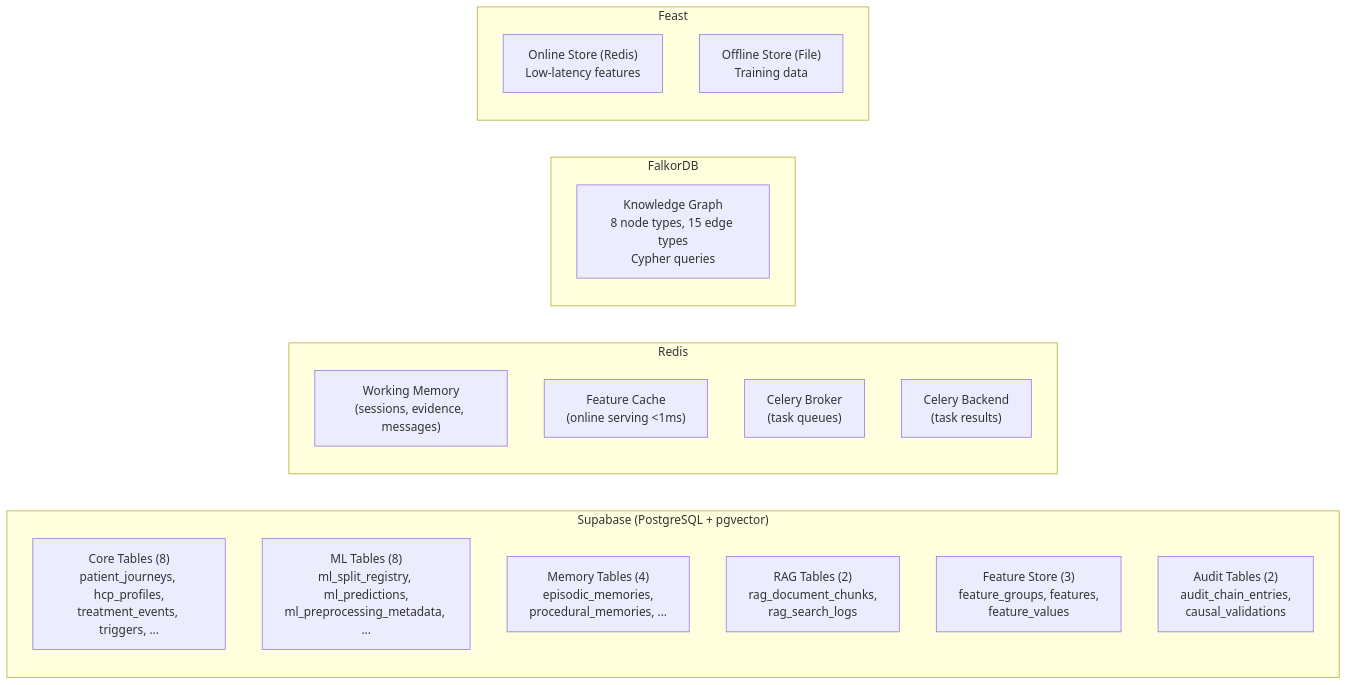
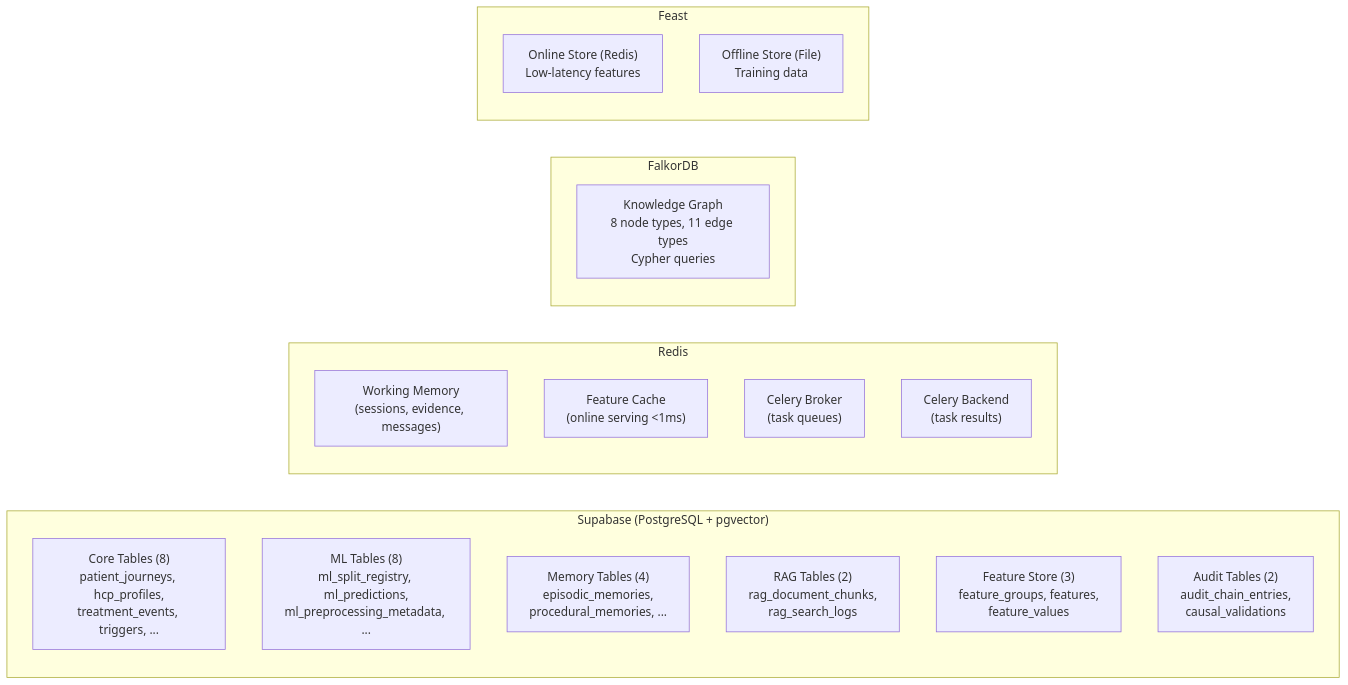
One commit to enunezvn/e2i_causal_analytics changed the fourth of 5 diagrams in docs/ARCHITECTURE.md. Above: the diagram before and after it, drawn with Mermaid. The commit also changed other lines of this file and 2 other files, not shown here.

````diff
--- a/docs/ARCHITECTURE.md
+++ b/docs/ARCHITECTURE.md
@@ -390,27 +390,27 @@
 ```mermaid
 graph LR
     subgraph "Supabase (PostgreSQL + pgvector)"
         CORE["Core Tables (8)<br/>patient_journeys, hcp_profiles,<br/>treatment_events, triggers, ..."]
         ML["ML Tables (8)<br/>ml_split_registry, ml_predictions,<br/>ml_preprocessing_metadata, ..."]
         MEM["Memory Tables (4)<br/>episodic_memories,<br/>procedural_memories, ..."]
         RAG["RAG Tables (2)<br/>rag_document_chunks,<br/>rag_search_logs"]
         FS["Feature Store (3)<br/>feature_groups, features,<br/>feature_values"]
         AUDIT["Audit Tables (2)<br/>audit_chain_entries,<br/>causal_validations"]
     end
 
     subgraph "Redis"
         WM["Working Memory<br/>(sessions, evidence, messages)"]
         CACHE["Feature Cache<br/>(online serving <1ms)"]
         BROKER["Celery Broker<br/>(task queues)"]
         BACKEND["Celery Backend<br/>(task results)"]
     end
 
     subgraph "FalkorDB"
-        GRAPH["Knowledge Graph<br/>8 node types, 15 edge types<br/>Cypher queries"]
+        GRAPH["Knowledge Graph<br/>8 node types, 11 edge types<br/>Cypher queries"]
     end
 
     subgraph "Feast"
         ONLINE["Online Store (Redis)<br/>Low-latency features"]
         OFFLINE["Offline Store (File)<br/>Training data"]
     end
 ```
````
